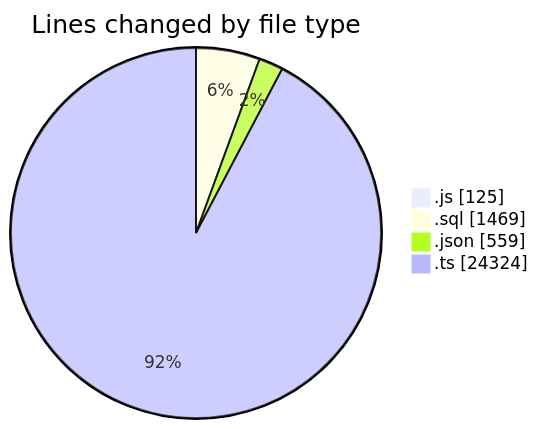
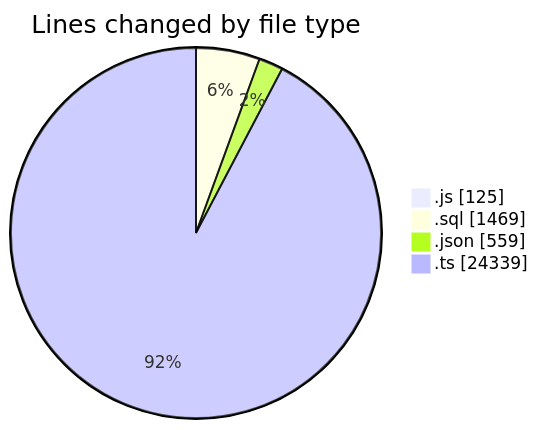
The first of 2 diagrams in 2026-05-20/cda/README.md (momahboobian/code-tracking), drawn with Mermaid before and after one commit. The commit also changed other lines of this file and 1 other file, not shown here.

````diff
--- a/2026-05-20/cda/README.md
+++ b/2026-05-20/cda/README.md
@@ -34,8 +35,8 @@
 ```mermaid
 pie showData
 title Lines changed by file type
 ".js" : 125
 ".sql" : 1469
 ".json" : 559
-".ts" : 24324
+".ts" : 24339
 ```
````
